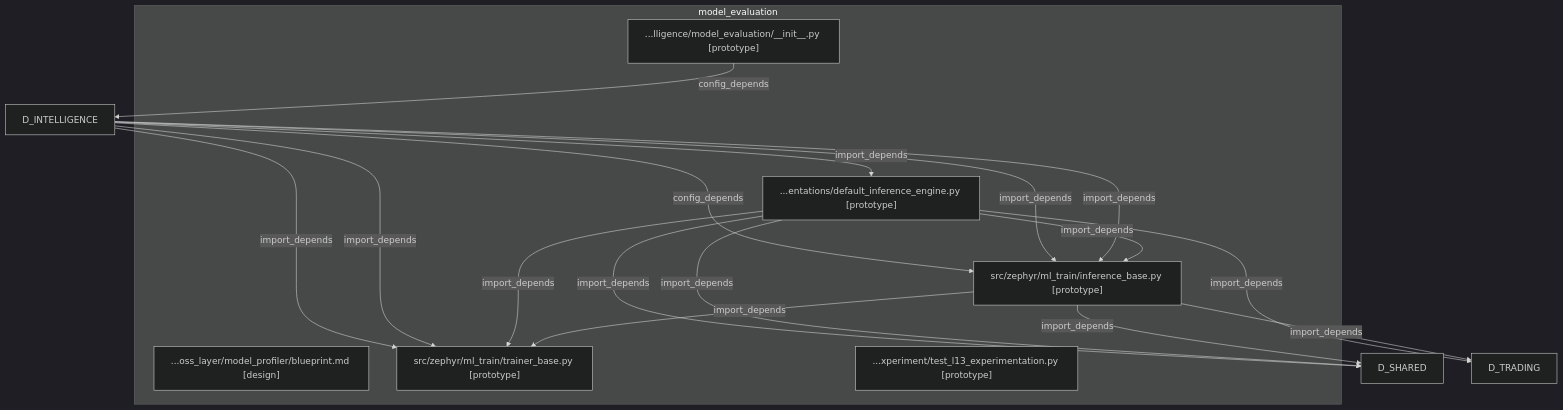
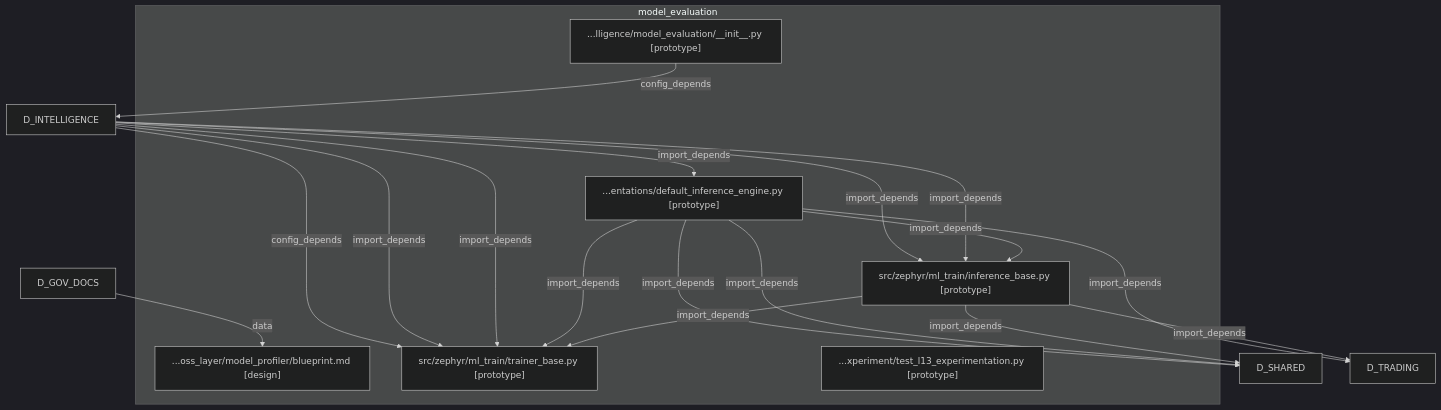
One commit to xuanFelixVan/ZephyrAlpha changed the diagram in docs/02_enterprise_architecture/generated/domains/d_ml_train_dependency.mmd. Above: the diagram before and after it, drawn with Mermaid (dark theme). The commit also changed 126 other files, not shown here.

```diff
--- a/docs/02_enterprise_architecture/generated/domains/d_ml_train_dependency.mmd
+++ b/docs/02_enterprise_architecture/generated/domains/d_ml_train_dependency.mmd
@@ -1,46 +1,48 @@
 %% D_ML_TRAIN 域全景依赖图
-%% 生成时间: 2026-07-17 03:52:24
+%% 生成时间: 2026-07-17 03:59:22
 %% 数据源: depgraph (PostgreSQL) nodes表 + edges表
-%% 模块数: 6, 依赖边数: 15
+%% 模块数: 6, 依赖边数: 16
 
 graph TD
 
     %% 域内模块（最多显示 100 个）
     subgraph D_ML_TRAIN[model_evaluation]
         docs_03_modules__cross_layer_model_profiler_blueprint_md["...oss_layer/model_profiler/blueprint.md [design]"]
         src_zephyr_intelligence_model_evaluation___init___py["...lligence/model_evaluation/__init__.py [prototype]"]
         src_zephyr_ml_train_implementa___default_inference_engine_py["...entations/default_inference_engine.py [prototype]"]
         src_zephyr_ml_train_inference_base_py["src/zephyr/ml_train/inference_base.py [prototype]"]
         src_zephyr_ml_train_trainer_base_py["src/zephyr/ml_train/trainer_base.py [prototype]"]
         tests_ml_experiment_test_l13_experimentation_py["...xperiment/test_l13_experimentation.py [prototype]"]
     end
 
     %% 域内依赖（最多显示 80 条）
     src_zephyr_ml_train_inference_base_py -->|import_depends| src_zephyr_ml_train_trainer_base_py
     src_zephyr_ml_train_implementa___default_inference_engine_py -->|import_depends| src_zephyr_ml_train_inference_base_py
     src_zephyr_ml_train_implementa___default_inference_engine_py -->|import_depends| src_zephyr_ml_train_trainer_base_py
 
     %% 跨域依赖（入）- 最多显示 30 条
+    %% D_GOV_DOCS -> D_ML_TRAIN (1 条)
+    D_GOV_DOCS[D_GOV_DOCS] -->|data| docs_03_modules__cross_layer_model_profiler_blueprint_md
     %% D_INTELLIGENCE -> D_ML_TRAIN (6 条)
     D_INTELLIGENCE[D_INTELLIGENCE] -->|import_depends| src_zephyr_ml_train_inference_base_py
     D_INTELLIGENCE[D_INTELLIGENCE] -->|import_depends| src_zephyr_ml_train_trainer_base_py
     D_INTELLIGENCE[D_INTELLIGENCE] -->|import_depends| src_zephyr_ml_train_inference_base_py
     D_INTELLIGENCE[D_INTELLIGENCE] -->|import_depends| src_zephyr_ml_train_trainer_base_py
     D_INTELLIGENCE[D_INTELLIGENCE] -->|import_depends| src_zephyr_ml_train_implementa___default_inference_engine_py
-    D_INTELLIGENCE[D_INTELLIGENCE] -->|config_depends| src_zephyr_ml_train_inference_base_py
+    D_INTELLIGENCE[D_INTELLIGENCE] -->|config_depends| src_zephyr_ml_train_trainer_base_py
 
     %% 跨域依赖（出）- 最多显示 30 条
     %% D_ML_TRAIN -> D_INTELLIGENCE (1 条)
     src_zephyr_intelligence_model_evaluation___init___py -->|config_depends| D_INTELLIGENCE[D_INTELLIGENCE]
     %% D_ML_TRAIN -> D_SHARED (3 条)
     src_zephyr_ml_train_inference_base_py -->|import_depends| D_SHARED[D_SHARED]
     src_zephyr_ml_train_implementa___default_inference_engine_py -->|import_depends| D_SHARED[D_SHARED]
     src_zephyr_ml_train_implementa___default_inference_engine_py -->|import_depends| D_SHARED[D_SHARED]
     %% D_ML_TRAIN -> D_TRADING (2 条)
     src_zephyr_ml_train_inference_base_py -->|import_depends| D_TRADING[D_TRADING]
     src_zephyr_ml_train_implementa___default_inference_engine_py -->|import_depends| D_TRADING[D_TRADING]
 
     %% 统计
     %% 域内依赖: 3 条
-    %% 跨域入边: 6 条
+    %% 跨域入边: 7 条
     %% 跨域出边: 6 条
```
